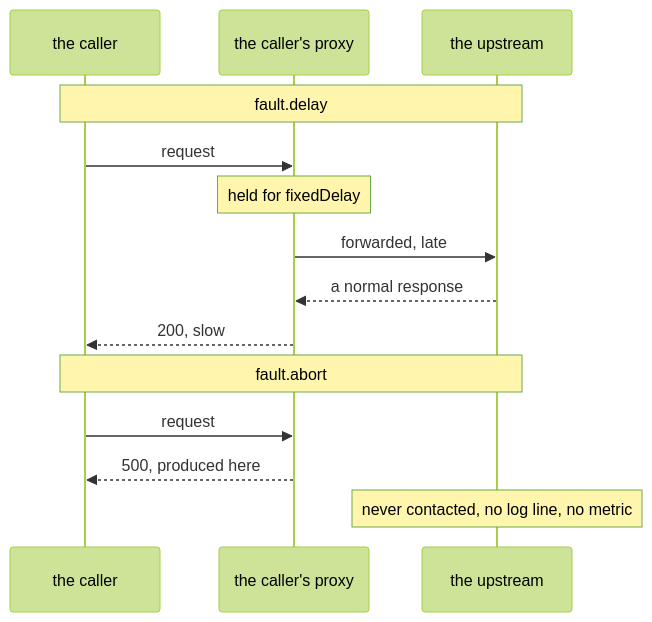
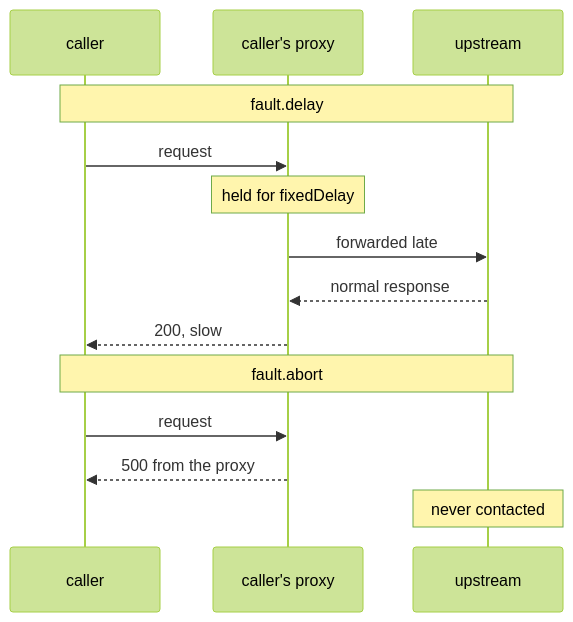
One commit to astrona-io/ATS014 changed the diagram in sections/section-050/module-01/course-02-fault-abort.md. Above: the diagram before and after it, drawn with Mermaid (forest theme). The commit also changed other lines of this file and 444 other files, not shown here.

````diff
--- a/sections/section-050/module-01/course-02-fault-abort.md
+++ b/sections/section-050/module-01/course-02-fault-abort.md
@@ -19,16 +17,16 @@
 ```mermaid
 sequenceDiagram
-    participant C as the caller
-    participant P as the caller's proxy
-    participant U as the upstream
+    participant C as caller
+    participant P as caller's proxy
+    participant U as upstream
     Note over C,U: fault.delay
     C->>P: request
     Note over P: held for fixedDelay
-    P->>U: forwarded, late
-    U-->>P: a normal response
+    P->>U: forwarded late
+    U-->>P: normal response
     P-->>C: 200, slow
     Note over C,U: fault.abort
     C->>P: request
-    P-->>C: 500, produced here
-    Note over U: never contacted, no log line, no metric
+    P-->>C: 500 from the proxy
+    Note over U: never contacted
 ```
````
